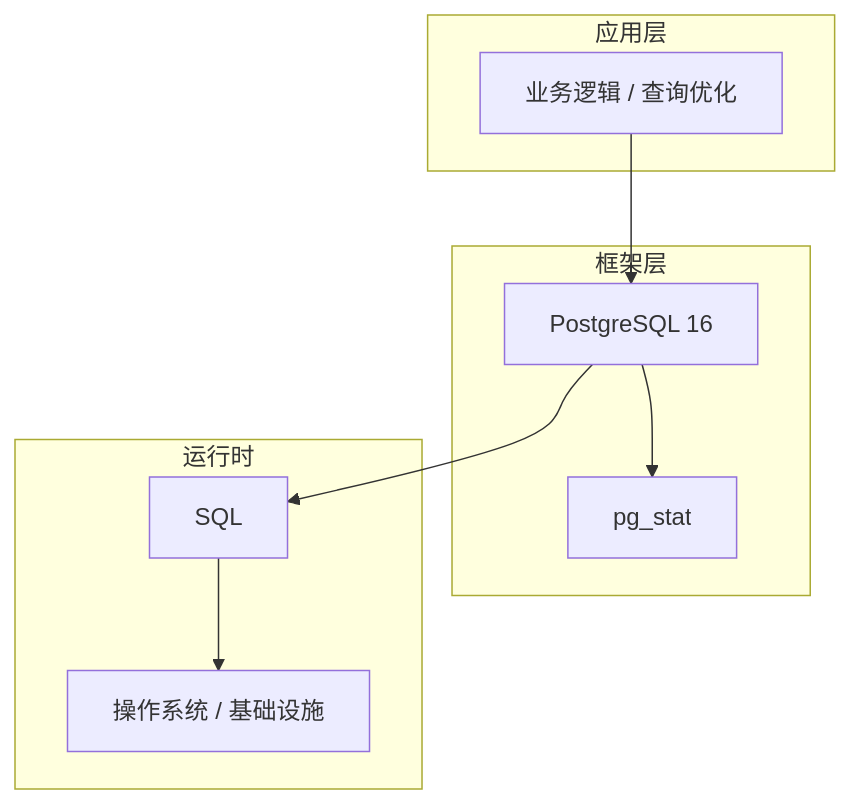
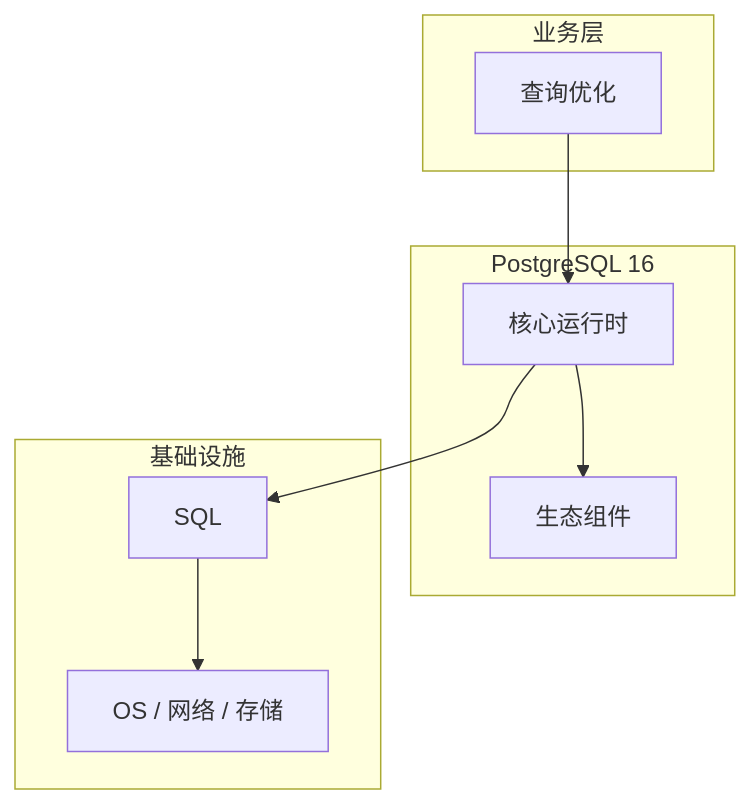
One commit to yanggan2015/knowledge-json-v2 changed the diagram in articles/PostgreSQL/chapters/025-查询优化核心概念与原理.md. Above: the diagram before and after it, drawn with Mermaid. The commit also changed other lines of this file and 10127 other files, not shown here.

````diff
--- a/articles/PostgreSQL/chapters/025-查询优化核心概念与原理.md
+++ b/articles/PostgreSQL/chapters/025-查询优化核心概念与原理.md
@@ -45,18 +34,18 @@
 ```mermaid
 graph TB
-    subgraph 应用层
-        A[业务逻辑 / 查询优化]
+    subgraph 业务层
+        A[查询优化]
     end
-    subgraph 框架层
-        B[PostgreSQL 16]
-        C[pg_stat]
+    subgraph PostgreSQL 16
+        B[核心运行时]
+        C[生态组件]
     end
-    subgraph 运行时
+    subgraph 基础设施
         D[SQL]
-        E[操作系统 / 基础设施]
+        E[OS / 网络 / 存储]
     end
     A --> B
     B --> C
     B --> D
     D --> E
 ```
````
